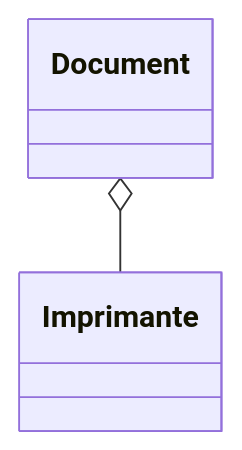
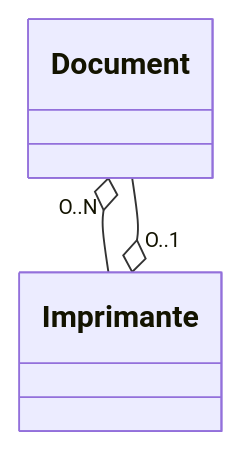
The fourth of 4 diagrams in README.md (ROUBAUD-Axel-2225073b/TD3uml), drawn with Mermaid before and after one commit. The commit also changed other lines of this file, not shown here.

````diff
--- a/README.md
+++ b/README.md
@@ -35,6 +38,7 @@
 ```mermaid
 classDiagram
   class Document
   class Imprimante
-  Document o-- Imprimante
+  Document "O..N" o-- Imprimante
+ Imprimante "O..1" o-- Document
 ```
````
